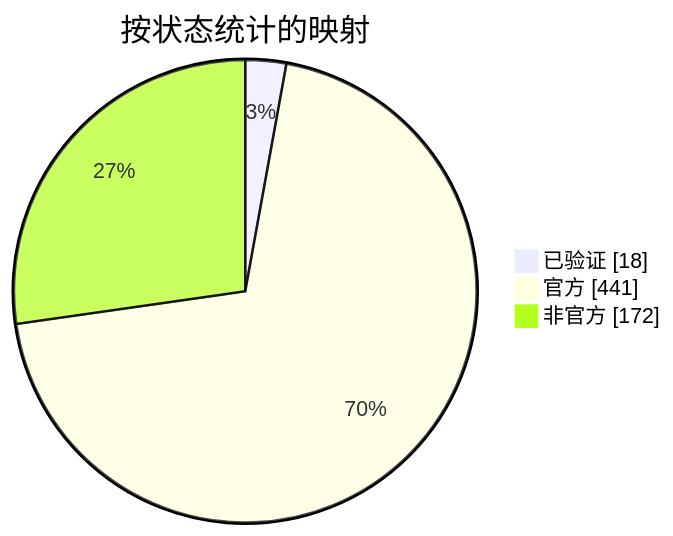
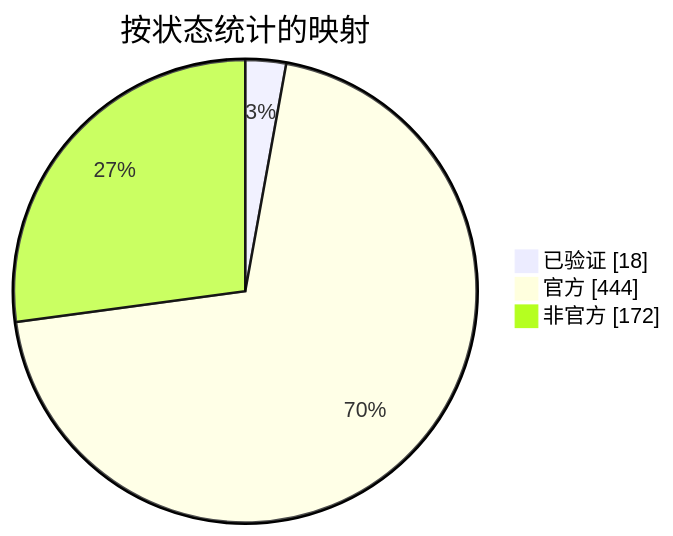
The diagram in docs/readme/README_ZHS.md (nobrega8/mbmap-library), drawn with Mermaid before and after one commit. The commit also changed 8 other files, not shown here.

````diff
--- a/docs/readme/README_ZHS.md
+++ b/docs/readme/README_ZHS.md
@@ -54,7 +54,7 @@
 ```mermaid
 pie showData
     title 按状态统计的映射
     "已验证" : 18
-    "官方" : 441
+    "官方" : 444
     "非官方" : 172
 ```
````
